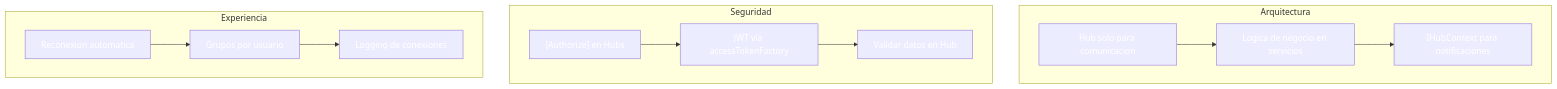
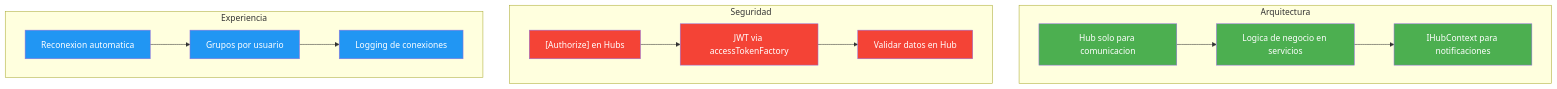
The fourth of 4 diagrams in 18-websockets-signalr.md (joseluisgs/DesarrolloWebEntornosServidor-02-2026-2027), drawn with Mermaid before and after one commit. The commit also changed other lines of this file and 29 other files, not shown here.

Commit message:
docs: corregir estilos Mermaid y estilo, quitar referencias a la Tienda y reestructurar los retos 13 y 15

````diff
--- a/18-websockets-signalr.md
+++ b/18-websockets-signalr.md
@@ -1067,34 +1067,34 @@
 ```mermaid
 flowchart TB
     subgraph "Arquitectura"
         A1["Hub solo para comunicacion"]
         A2["Logica de negocio en servicios"]
         A3["IHubContext para notificaciones"]
     end
 
     subgraph "Seguridad"
         S1["[Authorize] en Hubs"]
         S2["JWT via accessTokenFactory"]
         S3["Validar datos en Hub"]
     end
 
     subgraph "Experiencia"
         E1["Reconexion automatica"]
         E2["Grupos por usuario"]
         E3["Logging de conexiones"]
     end
 
     A1 --> A2 --> A3
     S1 --> S2 --> S3
     E1 --> E2 --> E3
 
-    style A1 fill:#4CAF5,color:#fff0,color:#fff
-    style A2 fill:#4CAF5,color:#fff0,color:#fff
-    style A3 fill:#4CAF5,color:#fff0,color:#fff
-    style S1 fill:#f4433,color:#fff6,color:#fff
-    style S2 fill:#f4433,color:#fff6,color:#fff
-    style S3 fill:#f4433,color:#fff6,color:#fff
-    style E1 fill:#2196F,color:#fff3,color:#fff
-    style E2 fill:#2196F,color:#fff3,color:#fff
-    style E3 fill:#2196F,color:#fff3,color:#fff
+    style A1 fill:#4CAF50,color:#fff
+    style A2 fill:#4CAF50,color:#fff
+    style A3 fill:#4CAF50,color:#fff
+    style S1 fill:#f44336,color:#fff
+    style S2 fill:#f44336,color:#fff
+    style S3 fill:#f44336,color:#fff
+    style E1 fill:#2196F3,color:#fff
+    style E2 fill:#2196F3,color:#fff
+    style E3 fill:#2196F3,color:#fff
 ```
````
